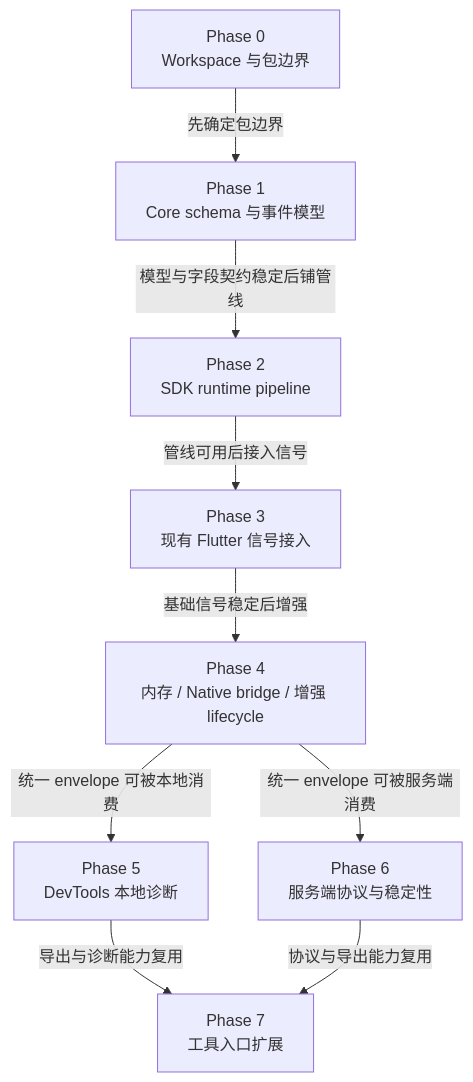
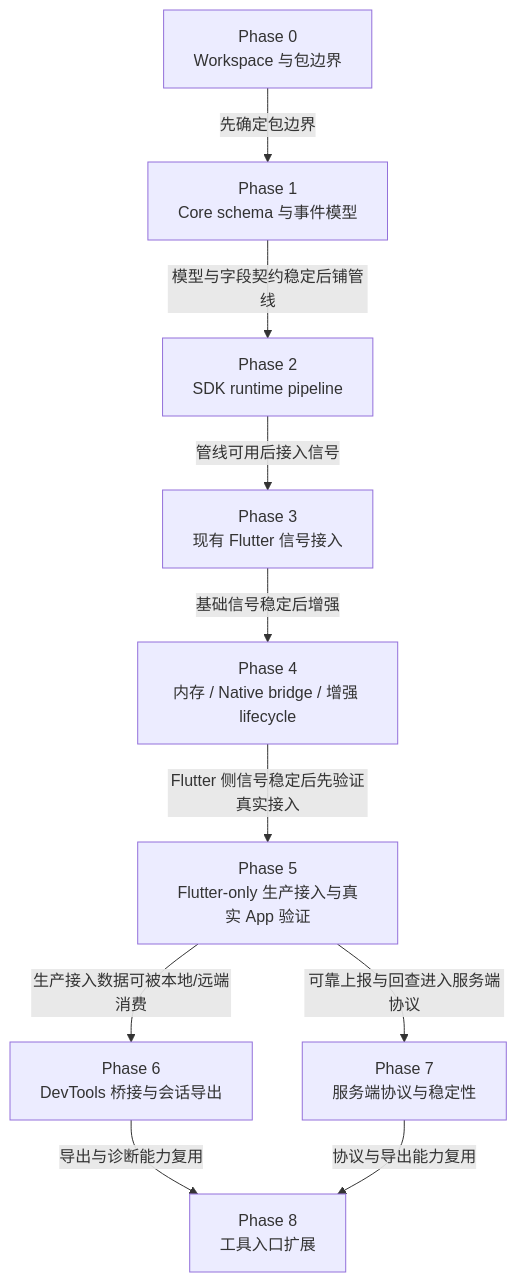
Before and after one commit to xinqingaa/flutter_monitor: the diagram in docs/implementation_plan.md, drawn with Mermaid. The commit also changed other lines of this file, not shown here.

````diff
--- a/docs/implementation_plan.md
+++ b/docs/implementation_plan.md
@@ -11,20 +11,22 @@
 ```mermaid
 flowchart TD
   P0["Phase 0<br/>Workspace 与包边界"]
   P1["Phase 1<br/>Core schema 与事件模型"]
   P2["Phase 2<br/>SDK runtime pipeline"]
   P3["Phase 3<br/>现有 Flutter 信号接入"]
   P4["Phase 4<br/>内存 / Native bridge / 增强 lifecycle"]
-  P5["Phase 5<br/>DevTools 本地诊断"]
-  P6["Phase 6<br/>服务端协议与稳定性"]
-  P7["Phase 7<br/>工具入口扩展"]
+  P5["Phase 5<br/>Flutter-only 生产接入与真实 App 验证"]
+  P6["Phase 6<br/>DevTools 桥接与会话导出"]
+  P7["Phase 7<br/>服务端协议与稳定性"]
+  P8["Phase 8<br/>工具入口扩展"]
 
   P0 -->|"先确定包边界"| P1
   P1 -->|"模型与字段契约稳定后铺管线"| P2
   P2 -->|"管线可用后接入信号"| P3
   P3 -->|"基础信号稳定后增强"| P4
-  P4 -->|"统一 envelope 可被本地消费"| P5
-  P4 -->|"统一 envelope 可被服务端消费"| P6
-  P5 -->|"导出与诊断能力复用"| P7
-  P6 -->|"协议与导出能力复用"| P7
+  P4 -->|"Flutter 侧信号稳定后先验证真实接入"| P5
+  P5 -->|"生产接入数据可被本地/远端消费"| P6
+  P5 -->|"可靠上报与回查进入服务端协议"| P7
+  P6 -->|"导出与诊断能力复用"| P8
+  P7 -->|"协议与导出能力复用"| P8
 ```
````
